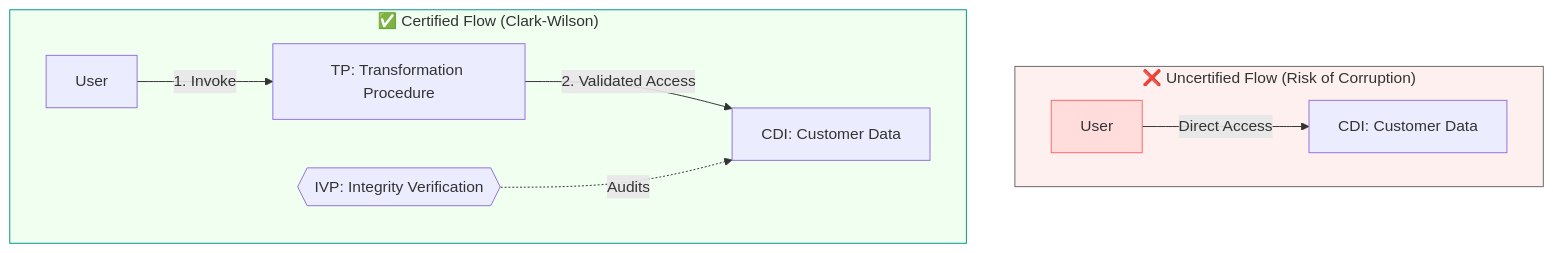
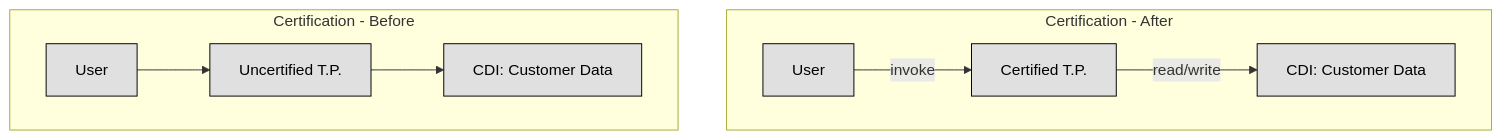
Before and after one commit to lorenzoleonelli/CISSP-Zero-to-Hero: diagram 12 of 15 in DOMAIN3: Security Architecture and Engineering/3.02 Understand the fundamental concepts of security models (e.g. Biba, Star Model, Bell Lapadula).md, drawn with Mermaid. The commit also changed other lines of this file, not shown here.

````diff
--- a/DOMAIN3: Security Architecture and Engineering/3.02 Understand the fundamental concepts of security models (e.g. Biba, Star Model, Bell Lapadula).md
+++ b/DOMAIN3: Security Architecture and Engineering/3.02 Understand the fundamental concepts of security models (e.g. Biba, Star Model, Bell Lapadula).md
@@ -478,20 +431,24 @@
 ```mermaid
 
 flowchart TD
-    subgraph Unauthorized ["❌ Uncertified Flow (Risk of Corruption)"]
-        direction LR
-        U1[User] -->|Direct Access| CDI_1[CDI: Customer Data]
-        style U1 fill:#fdd,stroke:#f66
+    subgraph "Certification - After"
+        CW1a[User]
+        CW2a[Certified T.P.]
+        CW3a[CDI: Customer Data]
+        CW1a -->|invoke| CW2a
+        CW2a -->|read/write| CW3a
     end
 
-    subgraph Authorized ["✅ Certified Flow (Clark-Wilson)"]
-        direction LR
-        U2[User] -->|1. Invoke| TP[TP: Transformation Procedure]
-        TP -->|2. Validated Access| CDI_2[CDI: Customer Data]
-        IVP{{IVP: Integrity Verification}} -.->|Audits| CDI_2
+
+    subgraph "Certification - Before"
+        CW1[User]
+        CW2[Uncertified T.P.]
+        CW3[CDI: Customer Data]
+        CW1 --> CW2
+        CW2 --> CW3
     end
 
-    style Authorized fill:#f0fff0,stroke:#009688
-    style Unauthorized fill:#fff0f0,stroke:#666
+    classDef center fill:#ffffff,color:#000000,stroke:#000000,stroke-width:1px,font-weight:bold
+    classDef node fill:#e0e0e0,color:#000000,stroke:#000000,stroke-width:1px
 
 ```
````
